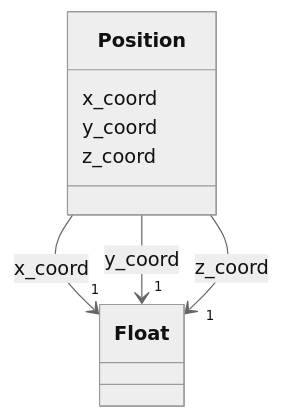
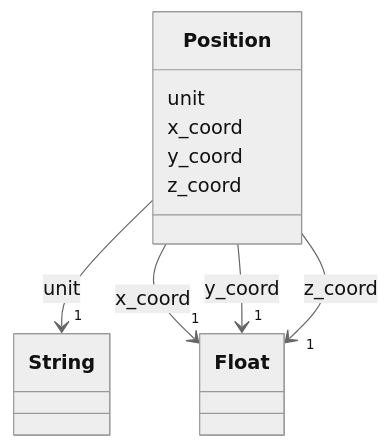
One commit to maikeljsb/rcpc-schema changed the diagram in docs/model/common/Position.md. Above: the diagram before and after it, drawn with Mermaid (neutral theme). The commit also changed other lines of this file and 17 other files, not shown here.

First line of the commit message:
feat(common): add unit to Position

````diff
--- a/docs/model/common/Position.md
+++ b/docs/model/common/Position.md
@@ -23,39 +23,50 @@
 ```mermaid
  classDiagram
     class Position
     click Position href "../Position/"
+      Position : unit
+        
+          
+    
+        
+        
+        Position --> "1" String : unit
+        click String href "../http://www.w3.org/2001/XMLSchema#string/"
+    
+
+        
       Position : x_coord
         
           
     
         
         
         Position --> "1" Float : x_coord
         click Float href "../http://www.w3.org/2001/XMLSchema#float/"
     
 
         
       Position : y_coord
         
           
     
         
         
         Position --> "1" Float : y_coord
         click Float href "../http://www.w3.org/2001/XMLSchema#float/"
     
 
         
       Position : z_coord
         
           
     
         
         
         Position --> "1" Float : z_coord
         click Float href "../http://www.w3.org/2001/XMLSchema#float/"
     
 
         
       
 ```
````
